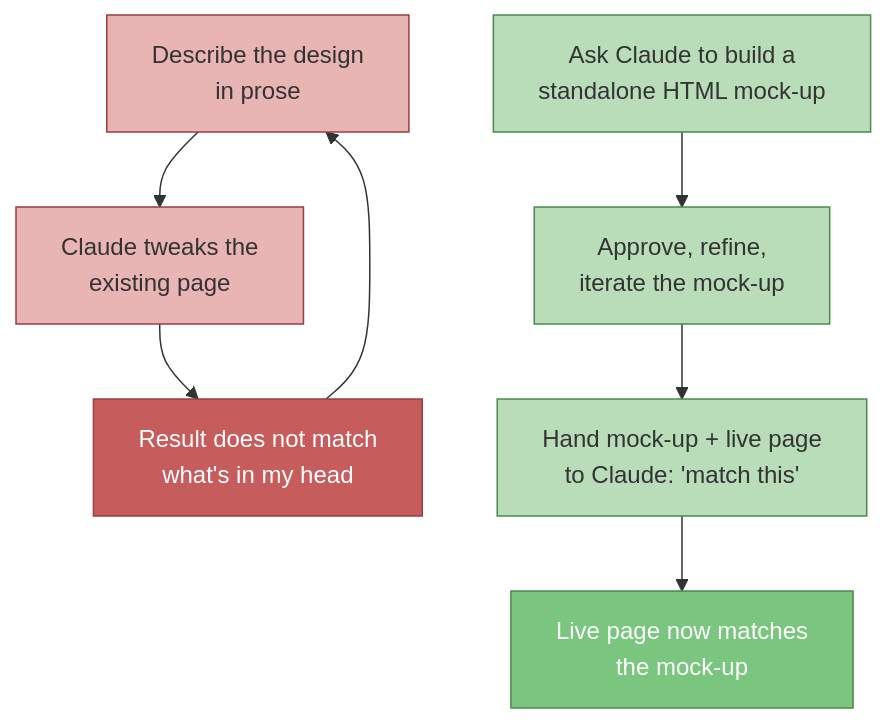
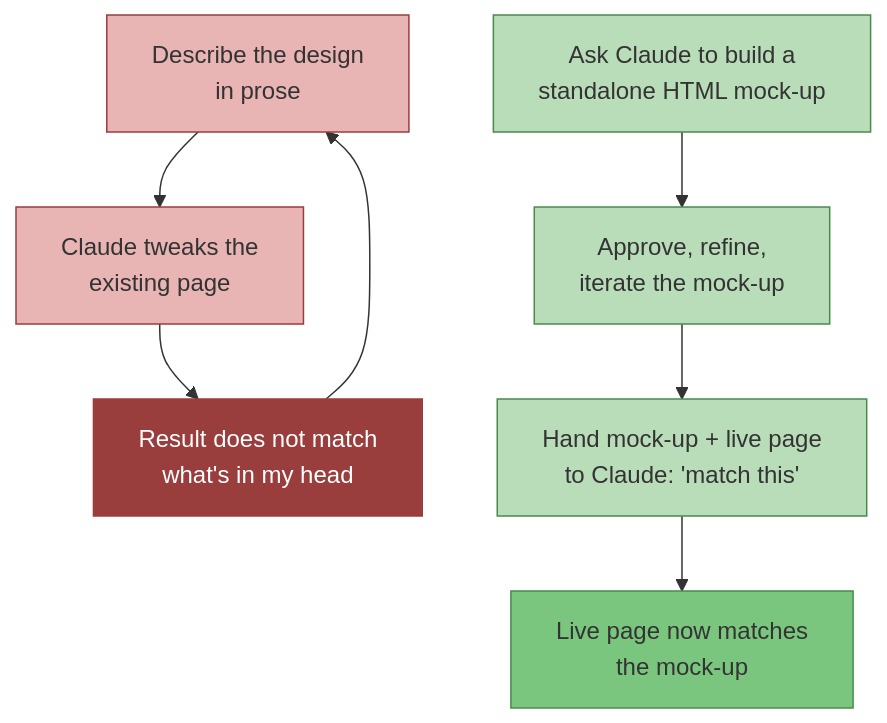
One commit to nathanjohnpayne/nathanpaynedotcom changed the diagram in src/content/blog/html-mockups-as-spec.md. Above: the diagram before and after it, drawn with Mermaid. The commit also changed other lines of this file and 15 other files, not shown here.

Commit message:
fix(mermaid): enforce accessible label contrast (#748) (#750)

````diff
--- a/src/content/blog/html-mockups-as-spec.md
+++ b/src/content/blog/html-mockups-as-spec.md
@@ -73,16 +73,16 @@
 ```mermaid title="Prose iteration loop versus mockup-first loop" description="Describing a design in prose cycles through tweaks and mismatch; building and approving a standalone mockup creates a direct specification that the live page can match."
 graph TD
     A["Describe the design<br/>in prose"] --> B["Claude tweaks the<br/>existing page"]
     B --> C["Result does not match<br/>what's in my head"]
     C --> A
     D["Ask Claude to build a<br/>standalone HTML mock-up"] --> E["Approve, refine,<br/>iterate the mock-up"]
     E --> F["Hand mock-up + live page<br/>to Claude: 'match this'"]
     F --> G["Live page now matches<br/>the mock-up"]
     style A fill:#e8b4b4,stroke:#993d3d,color:#333
     style B fill:#e8b4b4,stroke:#993d3d,color:#333
-    style C fill:#c75c5c,stroke:#993d3d,color:#fff
+    style C fill:#993d3d,stroke:#993d3d,color:#fff
     style D fill:#b8ddb8,stroke:#4a8a4d,color:#333
     style E fill:#b8ddb8,stroke:#4a8a4d,color:#333
     style F fill:#b8ddb8,stroke:#4a8a4d,color:#333
-    style G fill:#7bc67e,stroke:#4a8a4d,color:#fff
+    style G fill:#7bc67e,stroke:#4a8a4d,color:#333
 ```
````
